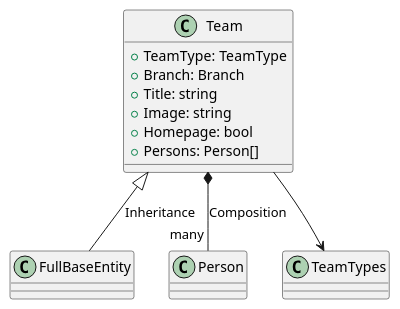
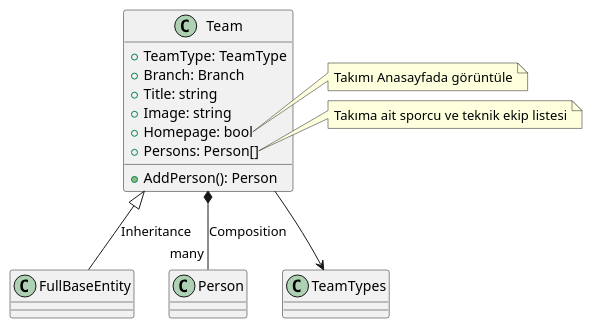
Before and after one commit to evrendev/sport-club: the diagram in uml/Team/Team.puml, drawn with PlantUML. The commit also changed 12 other files, not shown here.

Commit message:
Uml diagrams updated

```diff
--- a/uml/Team/Team.puml
+++ b/uml/Team/Team.puml
@@ -1,16 +1,26 @@
 @startuml Team Class Diagram
 
 class Team  {
     + TeamType: TeamType
     + Branch: Branch
     + Title: string
     + Image: string
     + Homepage: bool
     + Persons: Person[]
+
+    + AddPerson(): Person
 }
 
 Team <|-- FullBaseEntity: Inheritance
 Team *-- "many" Person: Composition
 Team --> TeamTypes
 
+note right of Team::Homepage
+Takımı Anasayfada görüntüle
+end note
+
+note right of Team::Persons
+Takıma ait sporcu ve teknik ekip listesi
+end note
+
 @enduml
```
